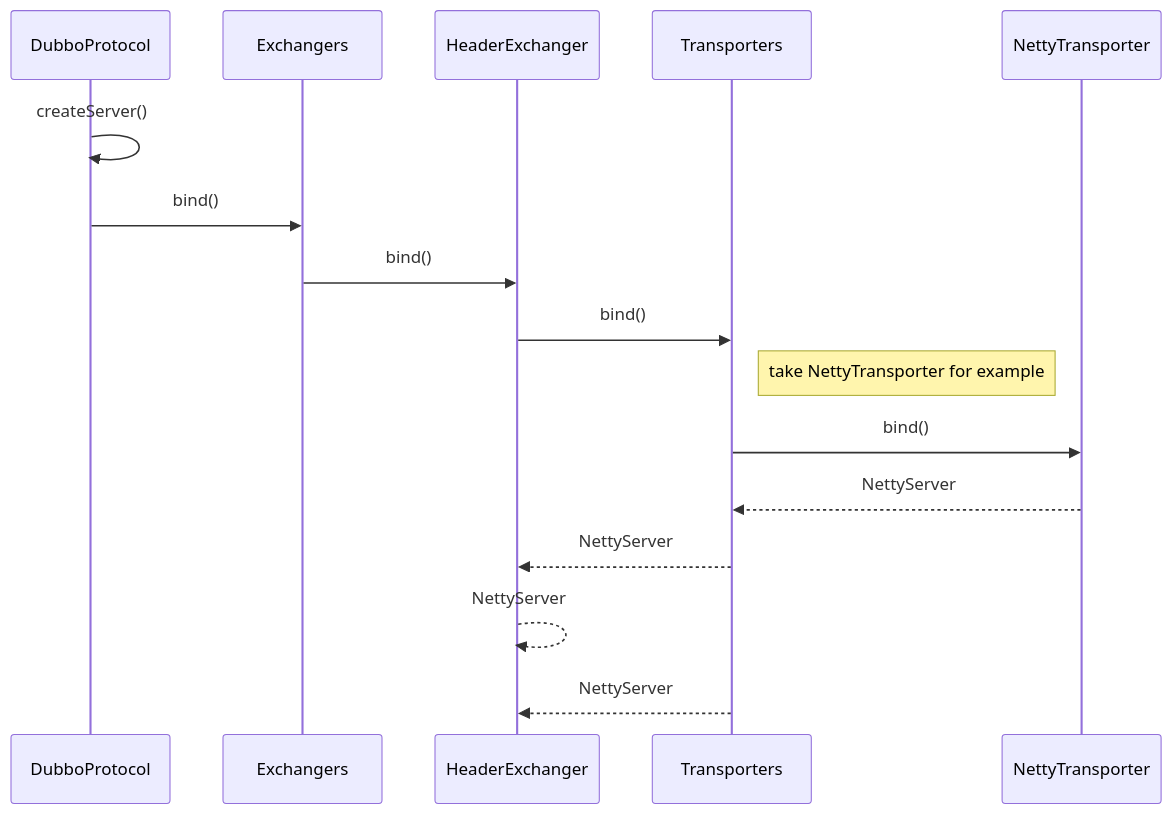
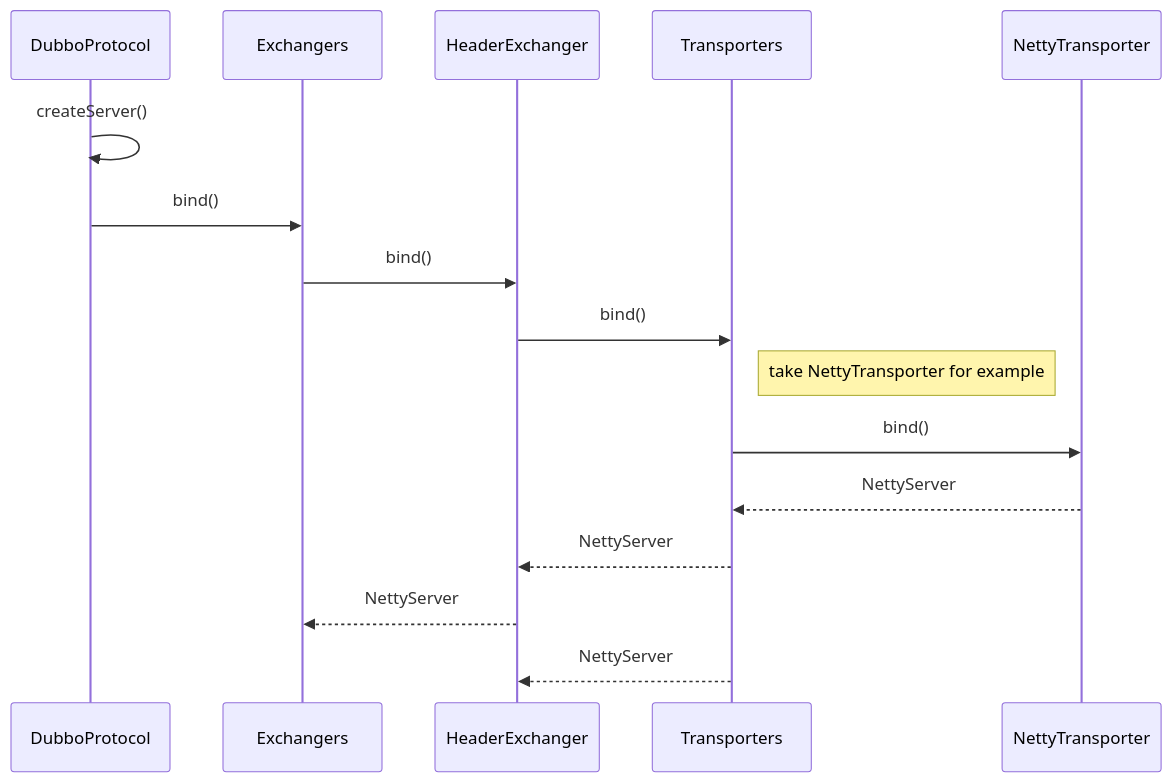
One commit to zhudongdong/docs changed the second of 2 diagrams in dubbo/dubbo.md. Above: the diagram before and after it, drawn with Mermaid. The commit also changed other lines of this file, not shown here.

Commit message:
Uploaded by https://stackedit.io/

````diff
--- a/dubbo/dubbo.md
+++ b/dubbo/dubbo.md
@@ -157,13 +157,13 @@
 ```mermaid
 sequenceDiagram
 DubboProtocol ->> DubboProtocol: createServer()
 DubboProtocol ->> Exchangers:bind()
 Exchangers ->> HeaderExchanger:bind()
 HeaderExchanger ->> Transporters:bind()
 Note right of Transporters:take NettyTransporter for example
 Transporters ->> NettyTransporter:bind()
 NettyTransporter -->> Transporters:NettyServer
 Transporters -->> HeaderExchanger:NettyServer
-HeaderExchanger -->> HeaderExchanger:NettyServer
+HeaderExchanger -->> Exchangers:NettyServer
 Transporters -->> HeaderExchanger:NettyServer
 ```
````
